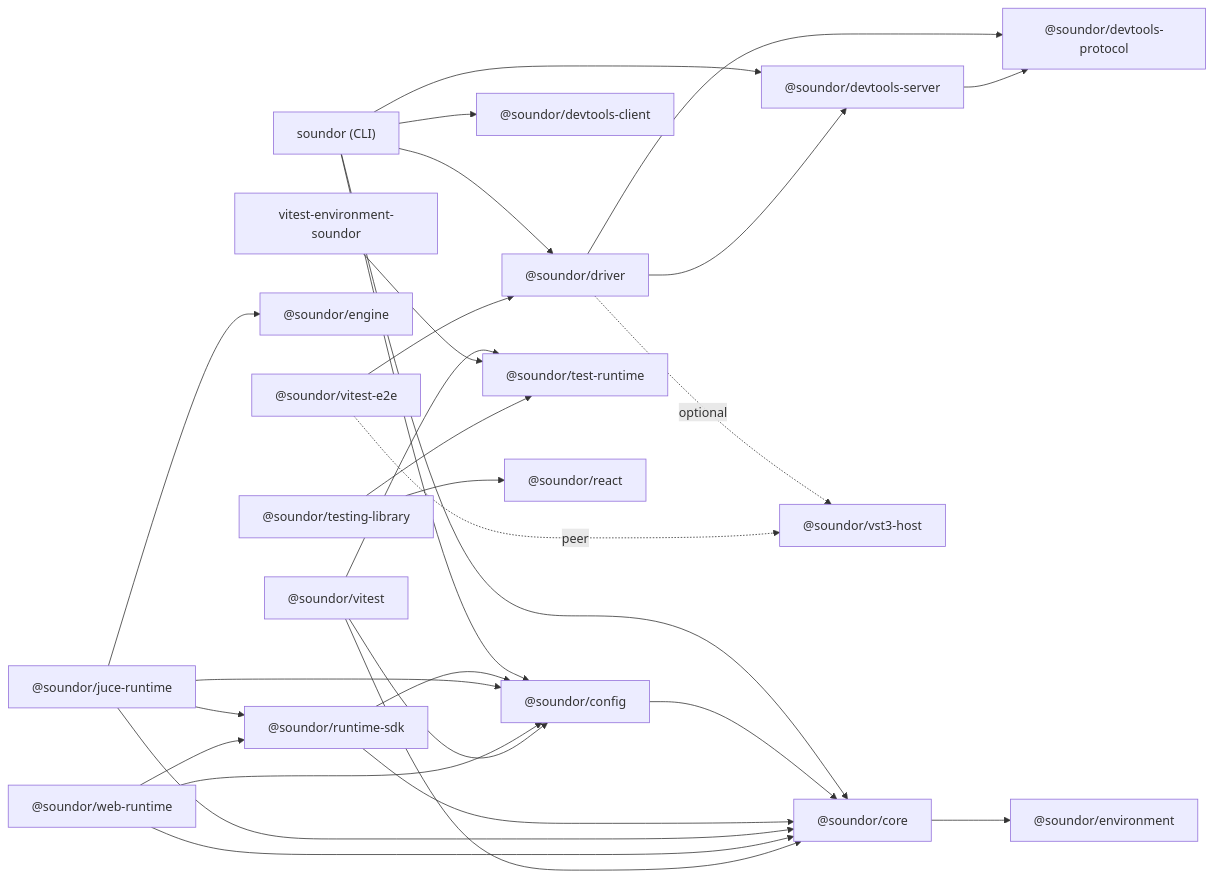
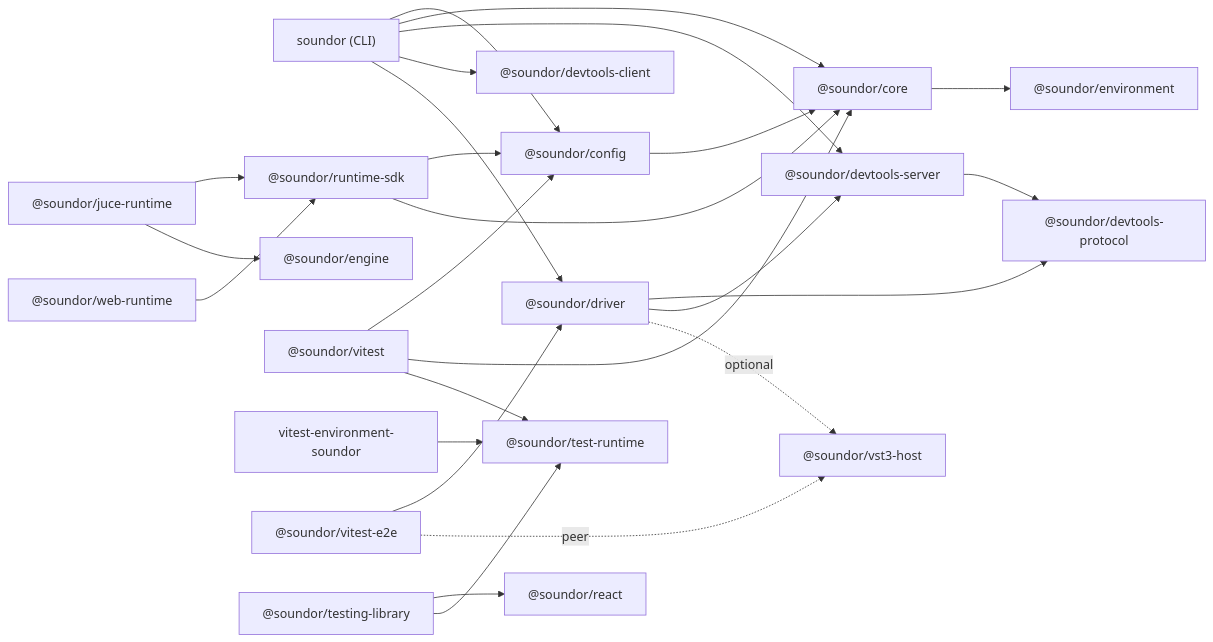
One commit to soundor/soundor changed the diagram in apps/website/content/docs/contribute/packages.md. Above: the diagram before and after it, drawn with Mermaid. The commit also changed other lines of this file and 23 other files, not shown here.

````diff
--- a/apps/website/content/docs/contribute/packages.md
+++ b/apps/website/content/docs/contribute/packages.md
@@ -25,31 +25,27 @@
 ```mermaid
 flowchart LR
     cli["soundor (CLI)"] --> config["@soundor/config"]
     cli --> core["@soundor/core"]
     cli --> dtserver["@soundor/devtools-server"]
     cli --> dtclient["@soundor/devtools-client"]
     cli --> driver["@soundor/driver"]
     driver --> dtprotocol
     driver --> dtserver
     driver -. optional .-> host["@soundor/vst3-host"]
     dtserver --> dtprotocol["@soundor/devtools-protocol"]
     config --> core
     core --> environment["@soundor/environment"]
     sdk["@soundor/runtime-sdk"] --> config
     sdk --> core
     juce["@soundor/juce-runtime"] --> sdk
-    juce --> config
-    juce --> core
     juce --> engine["@soundor/engine"]
     web["@soundor/web-runtime"] --> sdk
-    web --> config
-    web --> core
     vitest["@soundor/vitest"] --> config
     vitest --> core
     vitest --> testruntime["@soundor/test-runtime"]
     env["vitest-environment-soundor"] --> testruntime
     e2e["@soundor/vitest-e2e"] --> driver
     e2e -. peer .-> host
     tl["@soundor/testing-library"] --> react["@soundor/react"]
     tl --> testruntime
 ```
````
